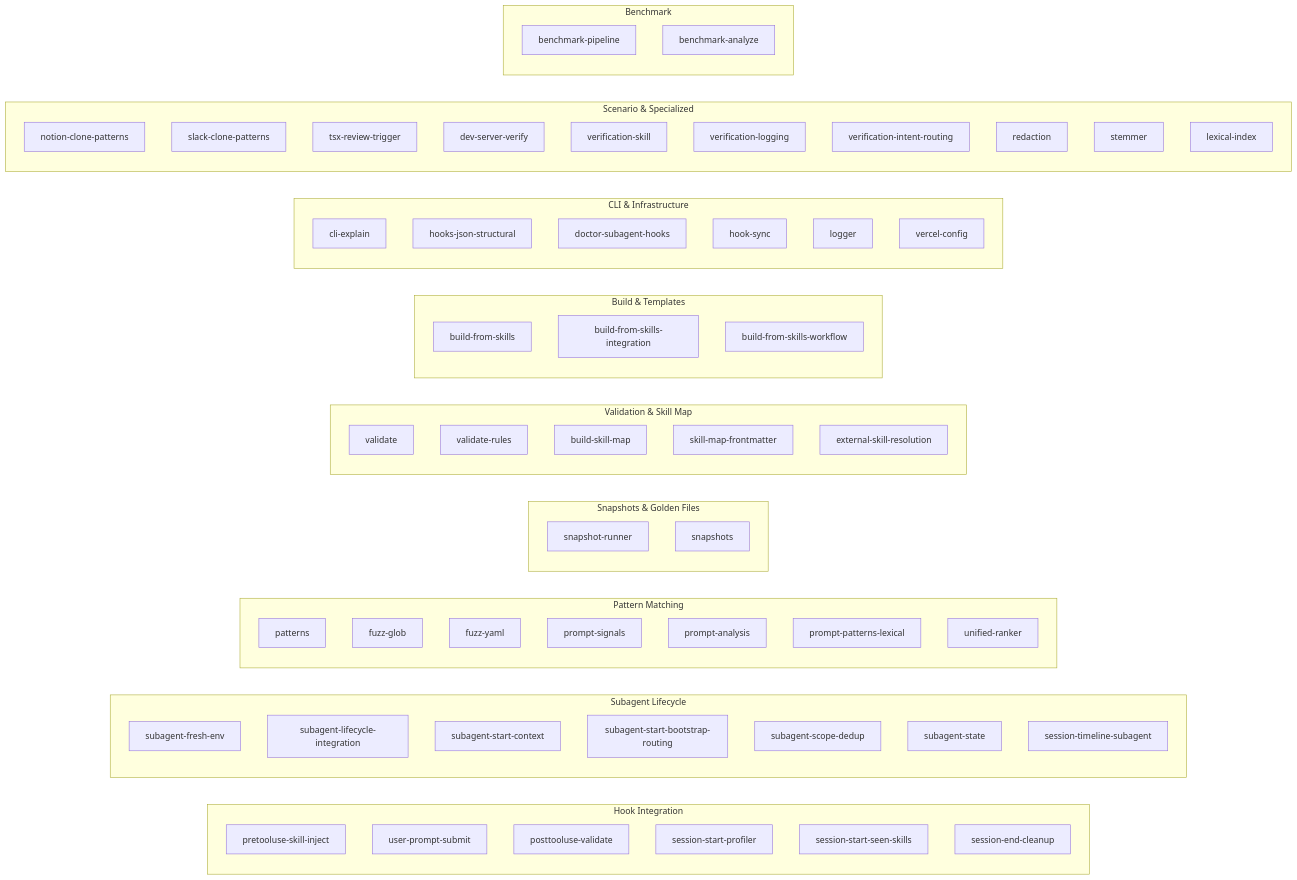
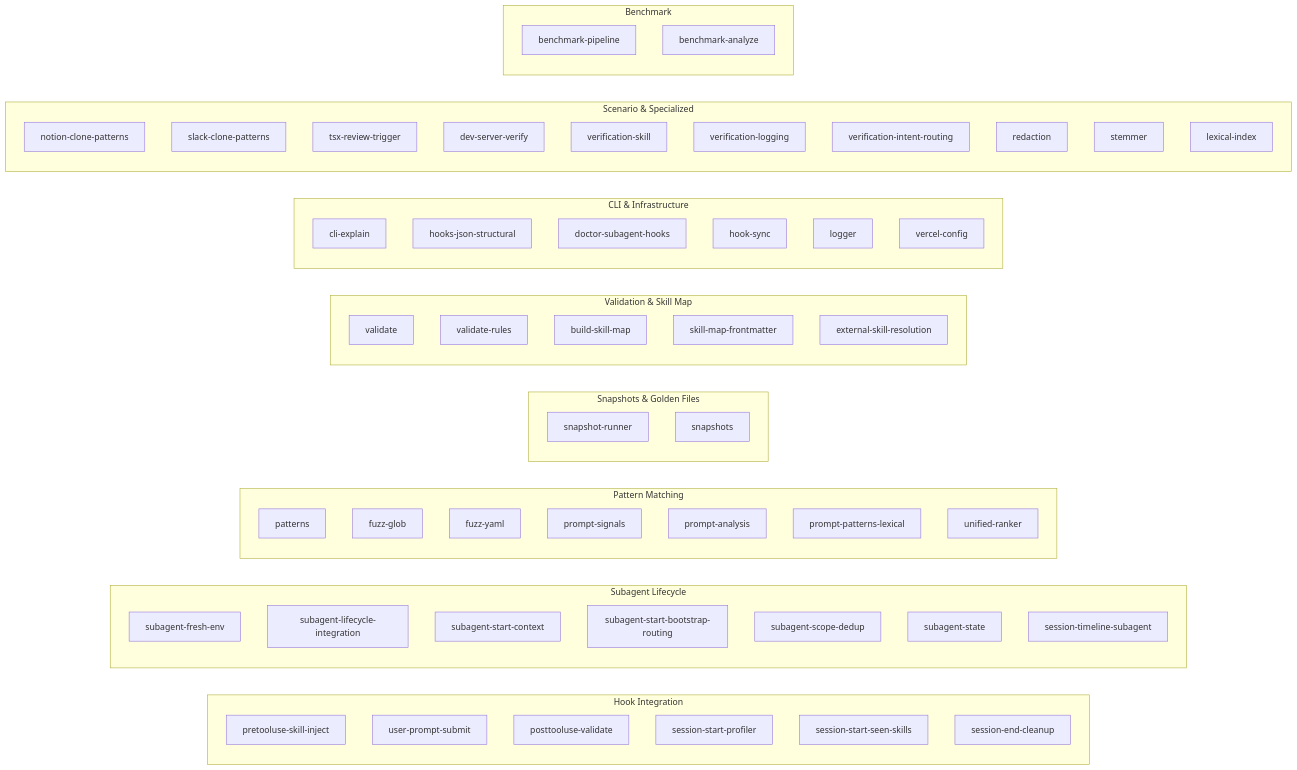
Before and after one commit to vercel/vercel-plugin: the second of 3 diagrams in docs/developer-guide.md, drawn with Mermaid. The commit also changed other lines of this file and 19 other files, not shown here.

````diff
--- a/docs/developer-guide.md
+++ b/docs/developer-guide.md
@@ -249,77 +123,71 @@
 ```mermaid
 graph LR
     subgraph "Hook Integration"
         A1["pretooluse-skill-inject"]
         A2["user-prompt-submit"]
         A3["posttooluse-validate"]
         A4["session-start-profiler"]
         A5["session-start-seen-skills"]
         A6["session-end-cleanup"]
     end
 
     subgraph "Subagent Lifecycle"
         B1["subagent-fresh-env"]
         B2["subagent-lifecycle-integration"]
         B3["subagent-start-context"]
         B4["subagent-start-bootstrap-routing"]
         B5["subagent-scope-dedup"]
         B6["subagent-state"]
         B7["session-timeline-subagent"]
     end
 
     subgraph "Pattern Matching"
         C1["patterns"]
         C2["fuzz-glob"]
         C3["fuzz-yaml"]
         C4["prompt-signals"]
         C5["prompt-analysis"]
         C6["prompt-patterns-lexical"]
         C7["unified-ranker"]
     end
 
     subgraph "Snapshots & Golden Files"
         D1["snapshot-runner"]
         D2["snapshots"]
     end
 
     subgraph "Validation & Skill Map"
         E1["validate"]
         E2["validate-rules"]
         E3["build-skill-map"]
         E4["skill-map-frontmatter"]
         E5["external-skill-resolution"]
     end
 
-    subgraph "Build & Templates"
-        F1["build-from-skills"]
-        F2["build-from-skills-integration"]
-        F3["build-from-skills-workflow"]
-    end
-
     subgraph "CLI & Infrastructure"
         G1["cli-explain"]
         G2["hooks-json-structural"]
         G3["doctor-subagent-hooks"]
         G4["hook-sync"]
         G5["logger"]
         G6["vercel-config"]
     end
 
     subgraph "Scenario & Specialized"
         H1["notion-clone-patterns"]
         H2["slack-clone-patterns"]
         H3["tsx-review-trigger"]
         H4["dev-server-verify"]
         H5["verification-skill"]
         H6["verification-logging"]
         H7["verification-intent-routing"]
         H8["redaction"]
         H9["stemmer"]
         H10["lexical-index"]
     end
 
     subgraph "Benchmark"
         I1["benchmark-pipeline"]
         I2["benchmark-analyze"]
     end
 ```
````
